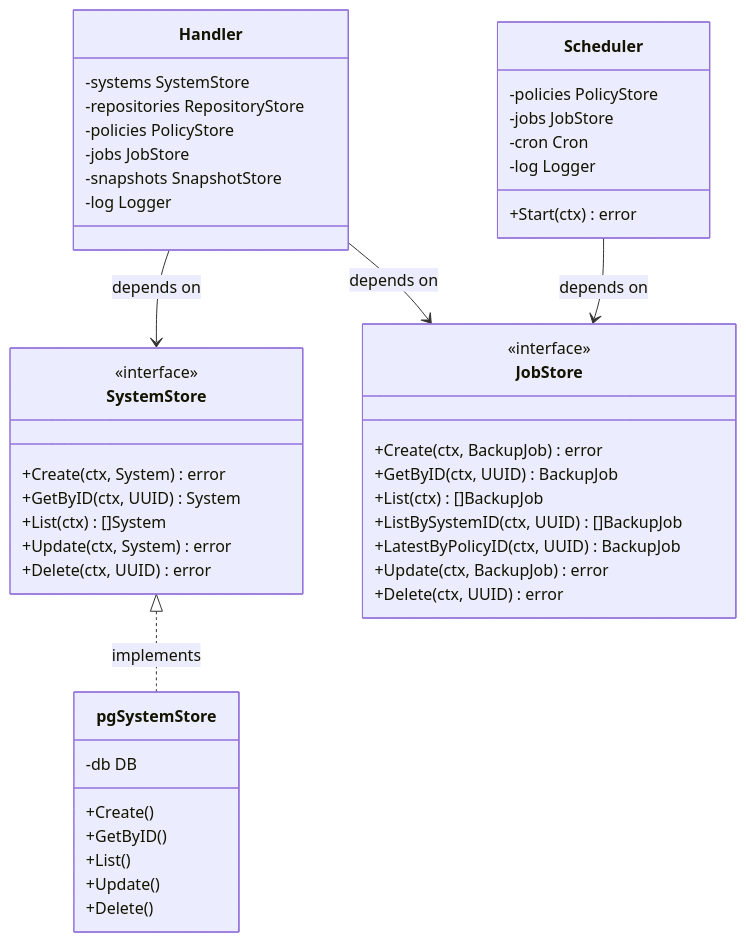
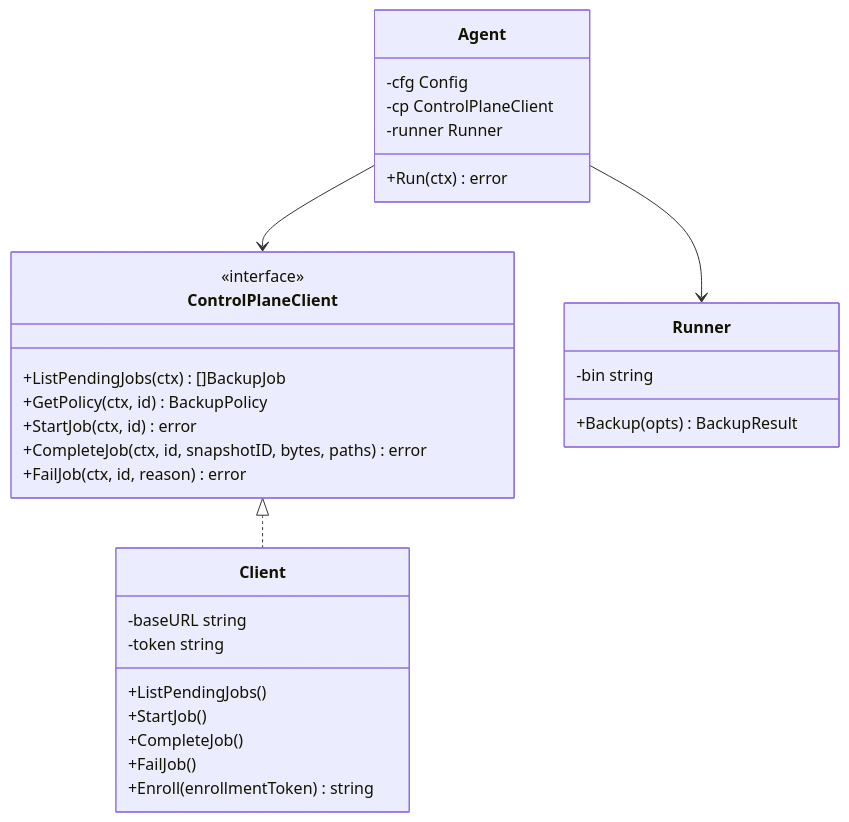
The fourth of 9 diagrams in docs/uml.md (lucky7xz/opensourcebackup), drawn with Mermaid before and after one commit. The commit also changed other lines of this file and 9 other files, not shown here.

````diff
--- a/docs/uml.md
+++ b/docs/uml.md
@@ -124,53 +143,33 @@
 ```mermaid
 classDiagram
-    class SystemStore {
+    class ControlPlaneClient {
         <<interface>>
-        +Create(ctx, System) error
-        +GetByID(ctx, UUID) System
-        +List(ctx) []System
-        +Update(ctx, System) error
-        +Delete(ctx, UUID) error
+        +ListPendingJobs(ctx) []BackupJob
+        +GetPolicy(ctx, id) BackupPolicy
+        +StartJob(ctx, id) error
+        +CompleteJob(ctx, id, snapshotID, bytes, paths) error
+        +FailJob(ctx, id, reason) error
     }
-
-    class JobStore {
-        <<interface>>
-        +Create(ctx, BackupJob) error
-        +GetByID(ctx, UUID) BackupJob
-        +List(ctx) []BackupJob
-        +ListBySystemID(ctx, UUID) []BackupJob
-        +LatestByPolicyID(ctx, UUID) BackupJob
-        +Update(ctx, BackupJob) error
-        +Delete(ctx, UUID) error
+    class Client {
+        -baseURL string
+        -token string
+        +ListPendingJobs()
+        +StartJob()
+        +CompleteJob()
+        +FailJob()
+        +Enroll(enrollmentToken) string
     }
-
-    class pgSystemStore {
-        -db DB
-        +Create()
-        +GetByID()
-        +List()
-        +Update()
-        +Delete()
+    class Agent {
+        -cfg Config
+        -cp ControlPlaneClient
+        -runner Runner
+        +Run(ctx) error
     }
-
-    class Handler {
-        -systems SystemStore
-        -repositories RepositoryStore
-        -policies PolicyStore
-        -jobs JobStore
-        -snapshots SnapshotStore
-        -log Logger
+    class Runner {
+        -bin string
+        +Backup(opts) BackupResult
     }
-
-    class Scheduler {
-        -policies PolicyStore
-        -jobs JobStore
-        -cron Cron
-        -log Logger
-        +Start(ctx) error
-    }
-
-    SystemStore <|.. pgSystemStore : implements
-    Handler --> SystemStore : depends on
-    Handler --> JobStore : depends on
-    Scheduler --> JobStore : depends on
+    ControlPlaneClient <|.. Client
+    Agent --> ControlPlaneClient
+    Agent --> Runner
 ```
````
